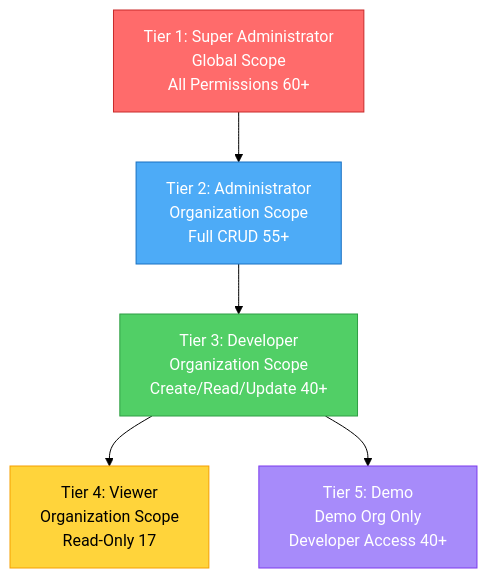
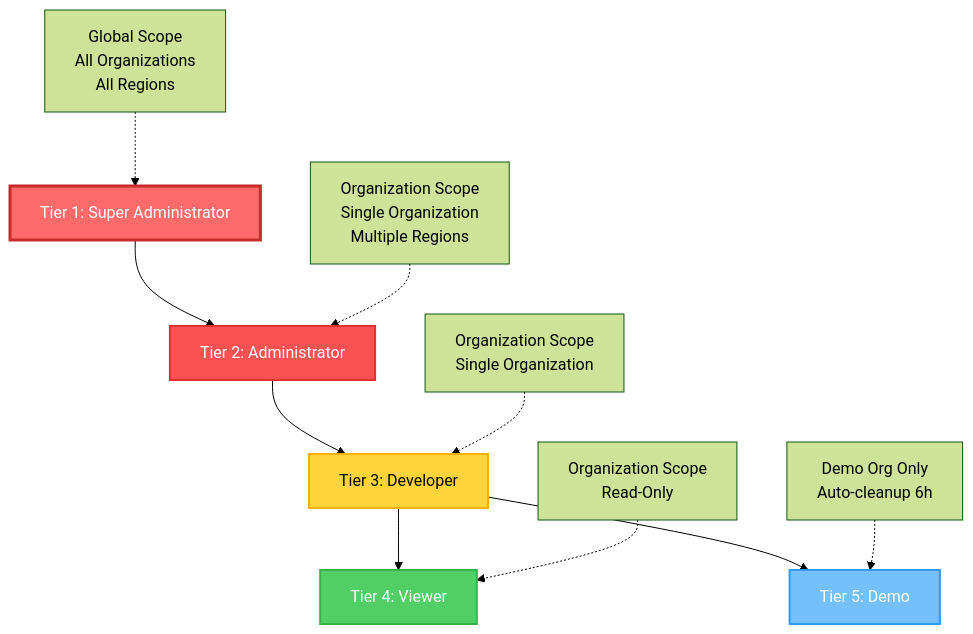
Before and after one commit to telemetryflow/telemetryflow-core: the first of 4 diagrams in docs/5-TIER-RBAC-SYSTEM-CORE.md, drawn with Mermaid (forest theme). The commit also changed other lines of this file, not shown here.

Commit message:
Update visualize role

````diff
--- a/docs/5-TIER-RBAC-SYSTEM-CORE.md
+++ b/docs/5-TIER-RBAC-SYSTEM-CORE.md
@@ -16,13 +18,19 @@
 ```mermaid
 graph TD
-    A[Tier 1: Super Administrator<br/>Global Scope<br/>All Permissions 60+] --> B[Tier 2: Administrator<br/>Organization Scope<br/>Full CRUD 55+]
-    B --> C[Tier 3: Developer<br/>Organization Scope<br/>Create/Read/Update 40+]
-    C --> D[Tier 4: Viewer<br/>Organization Scope<br/>Read-Only 17]
-    C --> E[Tier 5: Demo<br/>Demo Org Only<br/>Developer Access 40+]
+    A[Tier 1: Super Administrator] --> B[Tier 2: Administrator]
+    B --> C[Tier 3: Developer]
+    C --> D[Tier 4: Viewer]
+    C --> E[Tier 5: Demo]
 
-    style A fill:#ff6b6b,stroke:#c92a2a,color:#fff
-    style B fill:#4dabf7,stroke:#1971c2,color:#fff
-    style C fill:#51cf66,stroke:#2f9e44,color:#fff
-    style D fill:#ffd43b,stroke:#f59f00,color:#000
-    style E fill:#a78bfa,stroke:#7c3aed,color:#fff
+    A1[Global Scope<br/>All Organizations<br/>All Regions] -.-> A
+    B1[Organization Scope<br/>Single Organization<br/>Multiple Regions] -.-> B
+    C1[Organization Scope<br/>Single Organization] -.-> C
+    D1[Organization Scope<br/>Read-Only] -.-> D
+    E1[Demo Org Only<br/>Auto-cleanup 6h] -.-> E
+
+    style A fill:#ff6b6b,stroke:#c92a2a,stroke-width:3px,color:#fff
+    style B fill:#fa5252,stroke:#e03131,stroke-width:2px,color:#fff
+    style C fill:#ffd43b,stroke:#fab005,stroke-width:2px,color:#000
+    style D fill:#51cf66,stroke:#37b24d,stroke-width:2px,color:#fff
+    style E fill:#74c0fc,stroke:#339af0,stroke-width:2px,color:#fff
 ```
````
